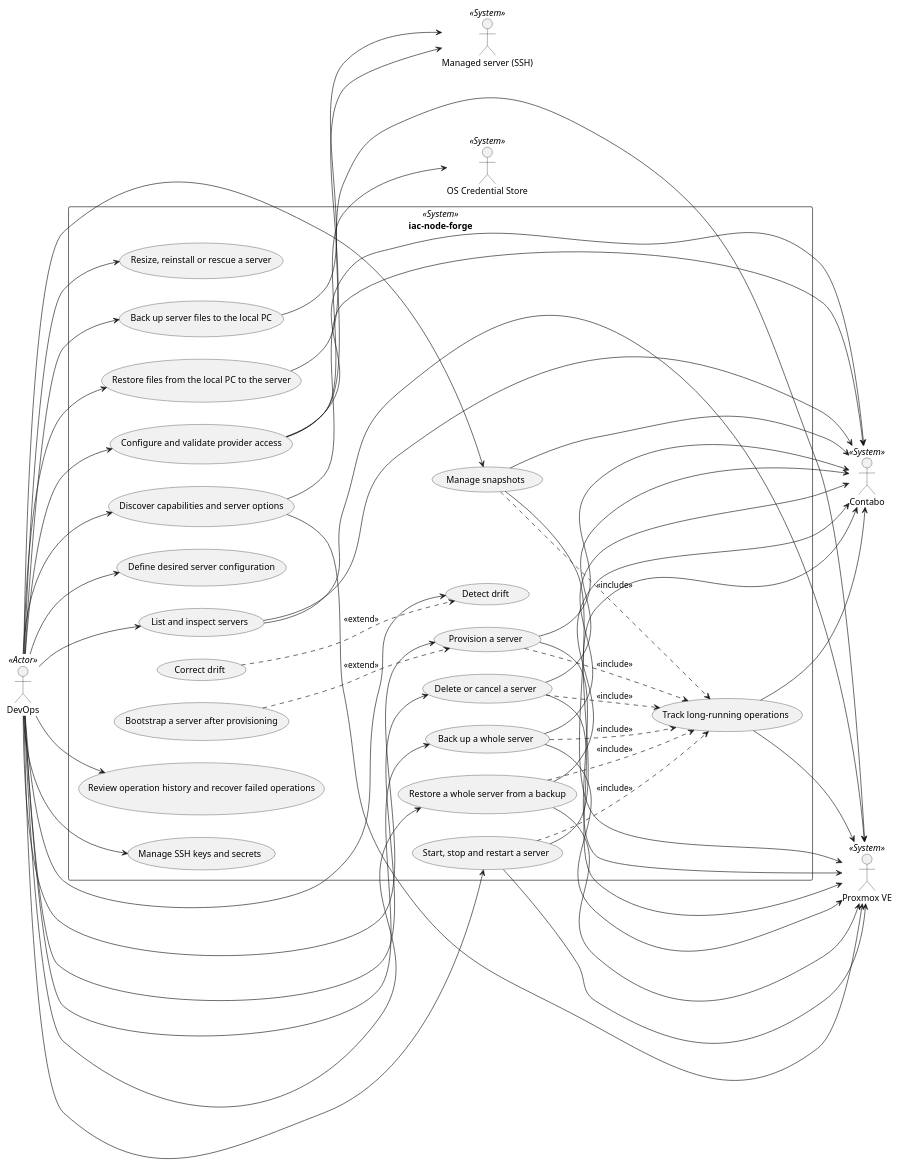
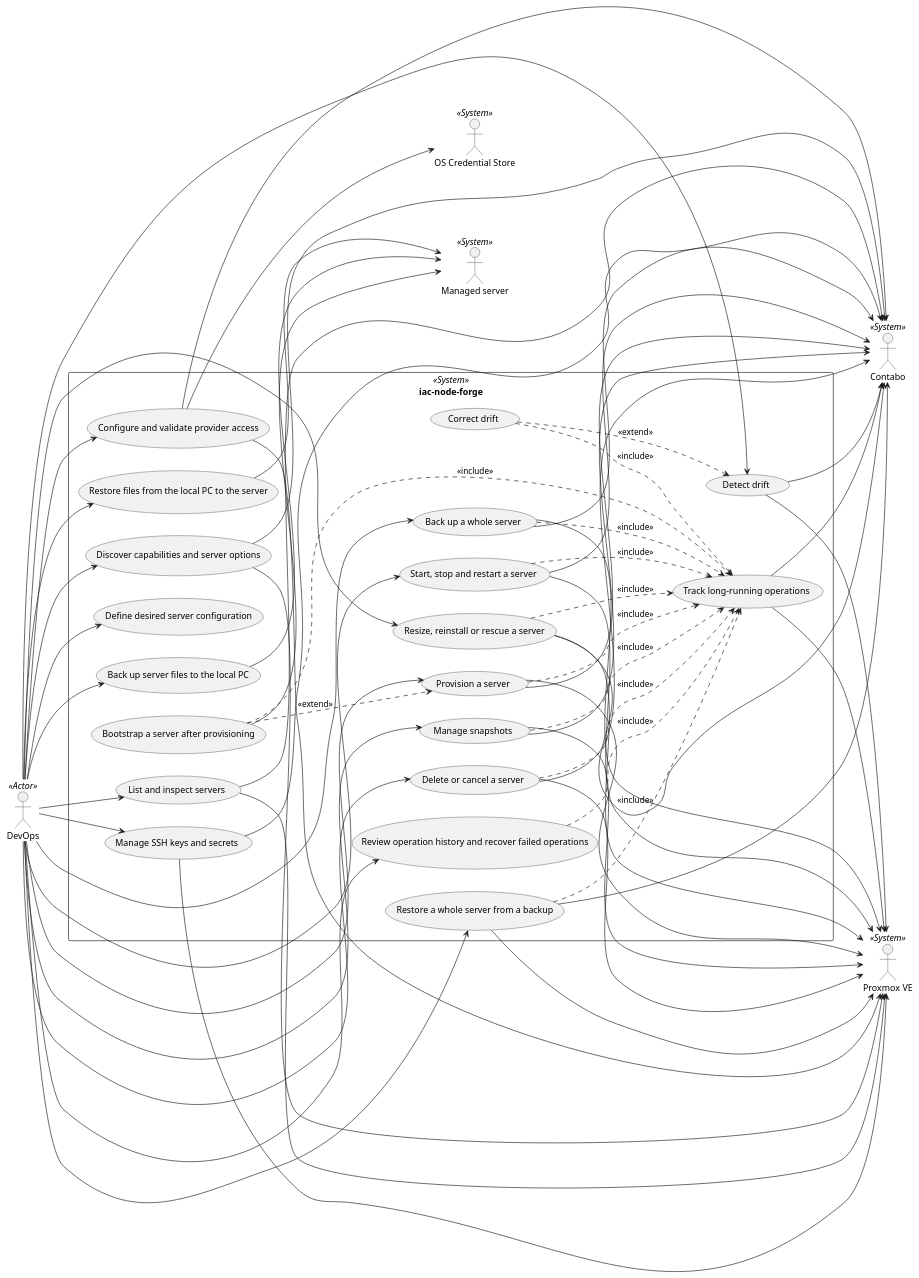
One commit to TirSystem/iac-node-forge changed the diagram in docs/use-case-diagram.md. Above: the diagram before and after it, drawn with PlantUML. The commit also changed other lines of this file and 43 other files, not shown here.

```diff
--- a/docs/use-case-diagram.md
+++ b/docs/use-case-diagram.md
@@ -39,7 +39,7 @@
 actor "Proxmox VE" as PVE <<System>>
 actor "Contabo" as CON <<System>>
 actor "OS Credential Store" as CRED <<System>>
-actor "Managed server (SSH)" as SRV <<System>>
+actor "Managed server" as SRV <<System>>
 
 rectangle "iac-node-forge" <<System>> {
   usecase "Configure and validate provider access" as UC01
@@ -85,6 +85,10 @@
 UC09 ..> UC06 : <<include>>
 UC12 ..> UC06 : <<include>>
 UC18 ..> UC06 : <<include>>
+UC05 ..> UC06 : <<include>>
+UC11 ..> UC06 : <<include>>
+UC13 ..> UC06 : <<include>>
+UC15 ..> UC06 : <<include>>
 UC19 ..> UC06 : <<include>>
 UC05 ..> UC04 : <<extend>>
 UC11 ..> UC10 : <<extend>>
@@ -106,6 +110,13 @@
 UC09 --> CON
 UC12 --> PVE
 UC12 --> CON
+UC05 --> SRV
+UC10 --> PVE
+UC10 --> CON
+UC14 --> PVE
+UC14 --> CON
+UC15 --> PVE
+UC15 --> CON
 UC16 --> SRV
 UC17 --> SRV
 UC18 --> PVE
```
